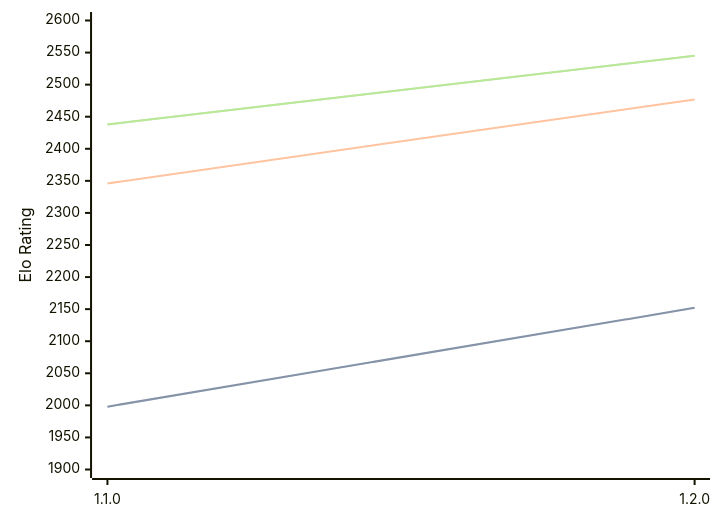
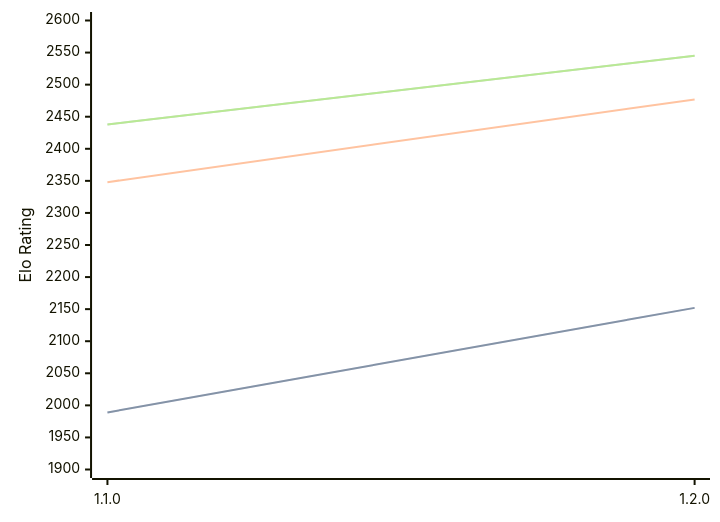
One commit to computer-chess-index/cci changed the diagram in engines/Gyatso.md. Above: the diagram before and after it, drawn with Mermaid. The commit also changed other lines of this file, not shown here.

````diff
--- a/engines/Gyatso.md
+++ b/engines/Gyatso.md
@@ -31,11 +33,11 @@
 ```mermaid
 %%{init: {"theme":"base","themeVariables":{"seriesColors:['#a3a3a3','#222221','#faa371']}}}%%
 xychart-beta
   x-axis ["1.1.0", "1.2.0"]
   y-axis "Elo Rating" 1900 --> 2600
-  line "STC (8.0+0.08s)" [1998, 2152]
-  line "STC (8.0+0.08s)" [1998, 2152]
-  line "LTC (60.0+0.60s)" [2346, 2477]
+  line "STC (8.0+0.08s)" [1989, 2152]
+  line "STC (8.0+0.08s)" [1989, 2152]
+  line "LTC (60.0+0.60s)" [2348, 2477]
   line "VLTC (2m24s+1.12s)" [2438, 2545]
   line "VLTC (2m24s+1.12s)" [2438, 2545]
 ```
````
